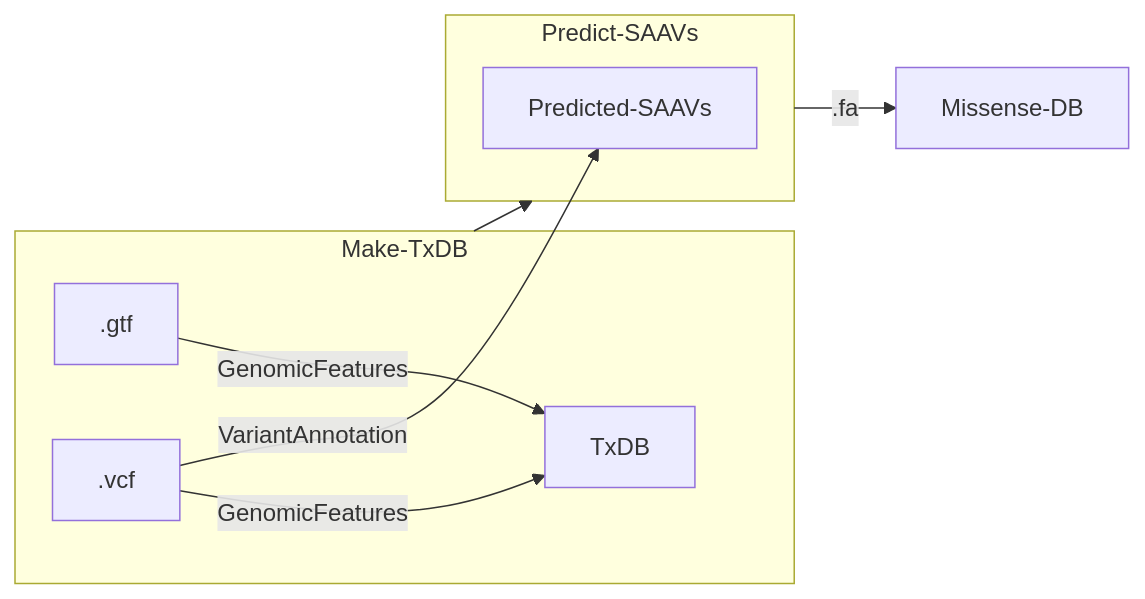
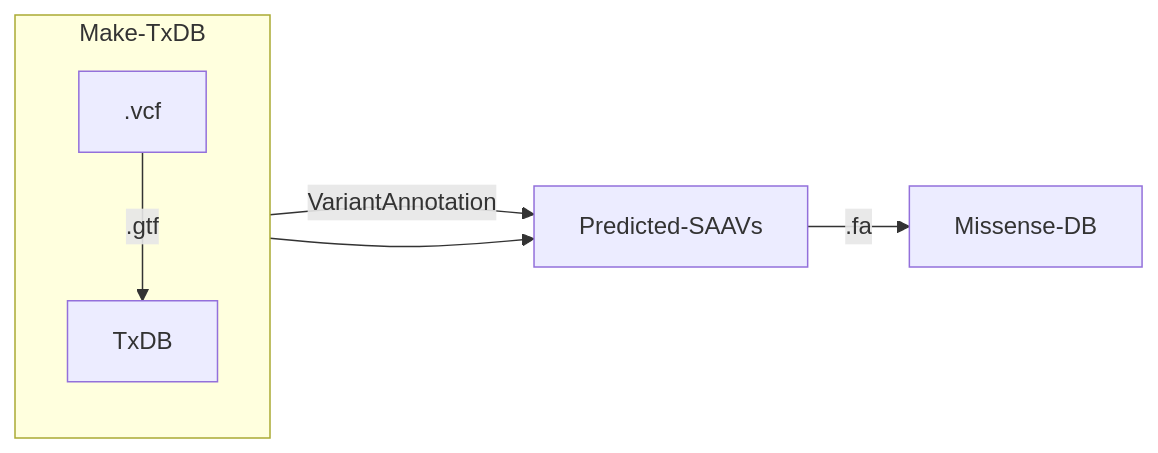
The diagram in README.md (hdesai17/chemoproteogenomics), drawn with Mermaid before and after one commit.

````diff
--- a/README.md
+++ b/README.md
@@ -19,14 +19,11 @@
 ```mermaid
 flowchart LR;
    subgraph Make-TxDB
-   .gtf-->|GenomicFeatures|TxDB
-   .vcf-->|GenomicFeatures|TxDB
+   .vcf-->|.gtf|TxDB
    end
-   subgraph Predict-SAAVs
-   .vcf-->|VariantAnnotation|Predicted-SAAVs
-   end
-   Make-TxDB-->Predict-SAAVs
-   Predict-SAAVs-->|.fa|Missense-DB;
+   Make-TxDB-->|VariantAnnotation|Predicted-SAAVs
+   Make-TxDB-->Predicted-SAAVs
+   Predicted-SAAVs-->|.fa|Missense-DB;
  
 
 ```
````
